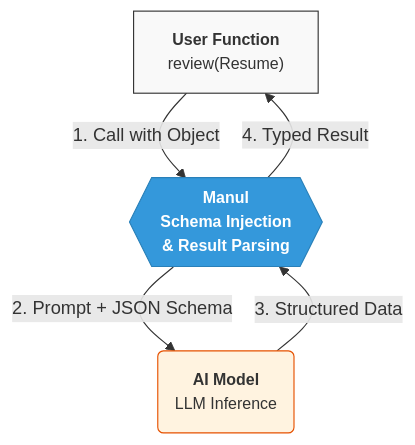
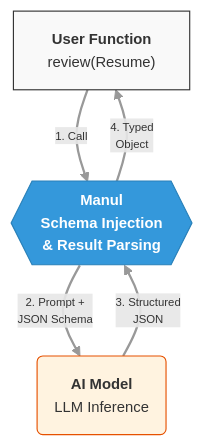
Before and after one commit to wizardleeen/manul-slides: the fifth of 5 diagrams in slides.md, drawn with Mermaid. The commit also changed other lines of this file, not shown here.

````diff
--- a/slides.md
+++ b/slides.md
@@ -351,20 +458,22 @@
 ```mermaid
 graph TD
     %% Nodes
     User["<b>User Function</b><br/>review(Resume)"]:::app
     
     Manul{{"<b>Manul</b><br/>Schema Injection<br/>& Result Parsing"}}:::magic
     
     Model("<b>AI Model</b><br/>LLM Inference"):::infra
 
     %% Edges
-    User -- "1. Call with Object" --> Manul
-    Manul -- "2. Prompt + JSON Schema" --> Model
-    Model -- "3. Structured Data" --> Manul
-    Manul -- "4. Typed Result" --> User
+    User -- "1. Call" --> Manul
+    Manul -- "2. Prompt +<br/>JSON Schema" --> Model
+    Model -- "3. Structured<br/>JSON" --> Manul
+    Manul -- "4. Typed<br/>Object" --> User
 
     %% Styling to match theme
-    classDef app fill:#f9f9f9,stroke:#333,stroke-width:1px,font-size:14px,color:#333;
-    classDef magic fill:#3498db,stroke:#2980b9,color:#fff,font-weight:bold,font-size:14px;
-    classDef infra fill:#fff3e0,stroke:#e65100,font-size:14px,color:#333;
+    classDef app fill:#f9f9f9,stroke:#333,stroke-width:1px,font-size:13px,color:#333;
+    classDef magic fill:#3498db,stroke:#2980b9,color:#fff,font-weight:bold,font-size:13px;
+    classDef infra fill:#fff3e0,stroke:#e65100,font-size:13px,color:#333;
+    
+    linkStyle default stroke-width:2px,fill:none,stroke:#999,font-size:10px;
 ```
````
